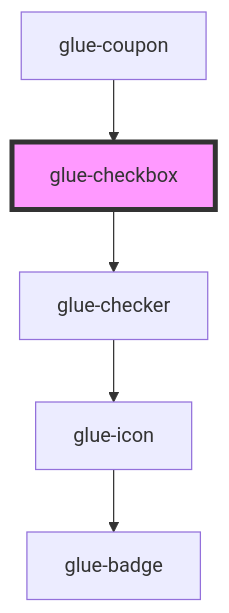
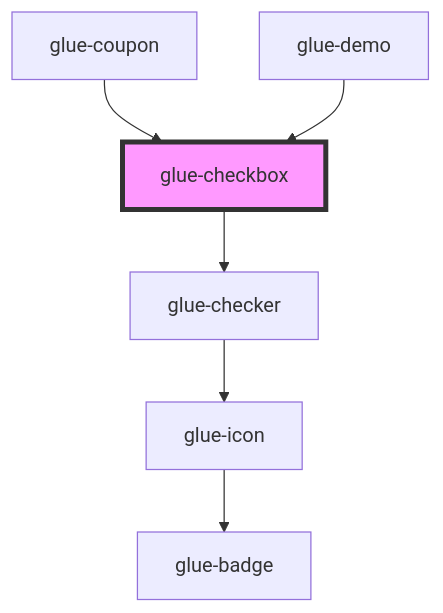
Before and after one commit to grasilife/glue: the diagram in packages/glue-components/src/components/glue-checkbox/readme.md, drawn with Mermaid. The commit also changed other lines of this file and 8 other files, not shown here.

Commit message:
docs(glue-checkbox): 修改glue-checkbox文档

````diff
--- a/packages/glue-components/src/components/glue-checkbox/readme.md
+++ b/packages/glue-components/src/components/glue-checkbox/readme.md
@@ -41,8 +43,9 @@
 ```mermaid
 graph TD;
   glue-checkbox --> glue-checker
   glue-checker --> glue-icon
   glue-icon --> glue-badge
   glue-coupon --> glue-checkbox
+  glue-demo --> glue-checkbox
   style glue-checkbox fill:#f9f,stroke:#333,stroke-width:4px
 ```
````
